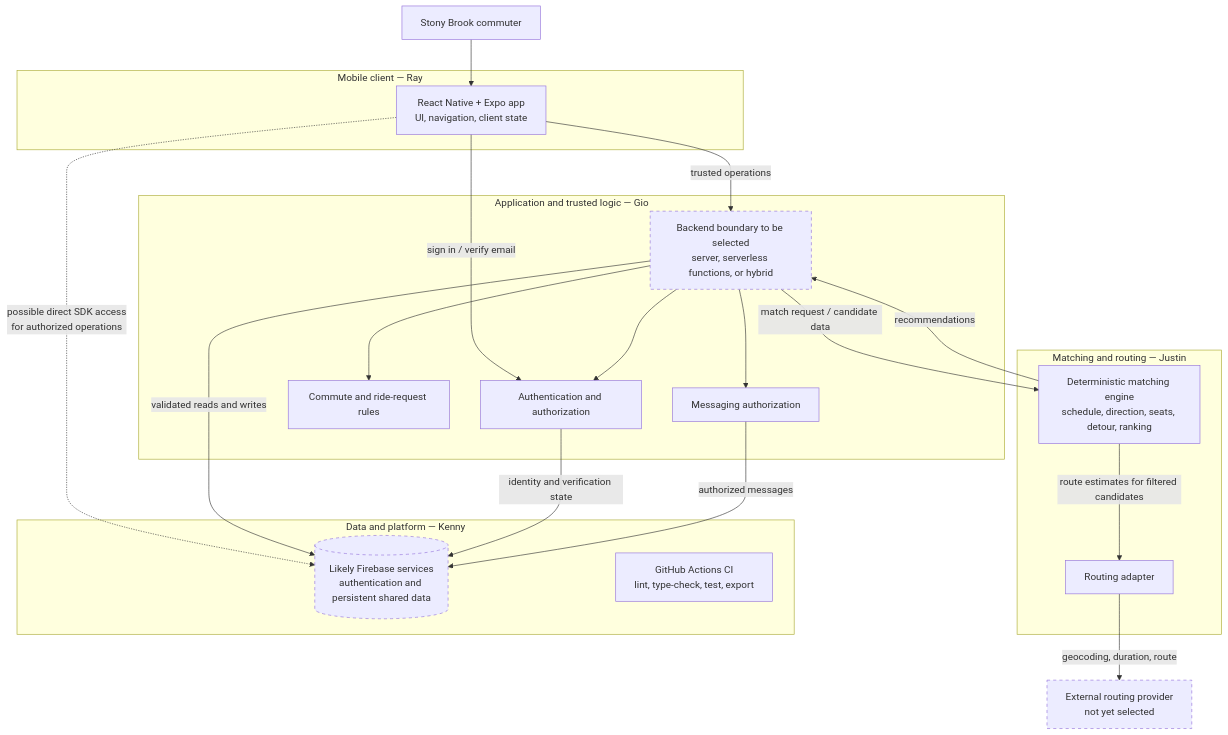
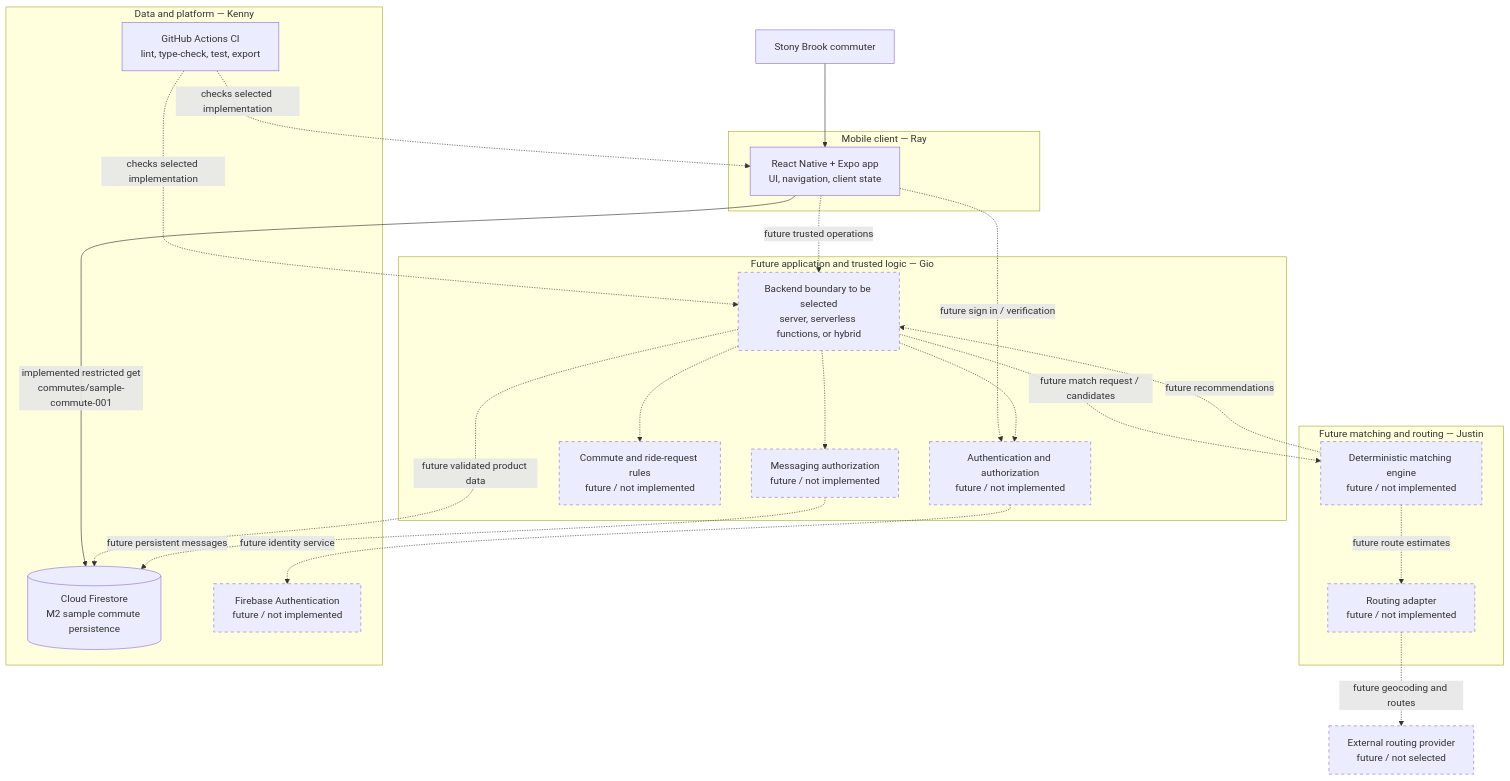
The diagram in docs/design.md (justinlee166/Seawolf-Rides), drawn with Mermaid before and after one commit. The commit also changed other lines of this file and 2 other files, not shown here.

````diff
--- a/docs/design.md
+++ b/docs/design.md
@@ -19,38 +19,41 @@
 ```mermaid
 flowchart TB
     User["Stony Brook commuter"]
     subgraph Client["Mobile client — Ray"]
         Mobile["React Native + Expo app\nUI, navigation, client state"]
     end
-    subgraph Application["Application and trusted logic — Gio"]
+    subgraph Application["Future application and trusted logic — Gio"]
         Boundary["Backend boundary to be selected\nserver, serverless functions, or hybrid"]
-        Auth["Authentication and authorization"]
-        Requests["Commute and ride-request rules"]
-        Messaging["Messaging authorization"]
+        Auth["Authentication and authorization\nfuture / not implemented"]
+        Requests["Commute and ride-request rules\nfuture / not implemented"]
+        Messaging["Messaging authorization\nfuture / not implemented"]
     end
-    subgraph Geo["Matching and routing — Justin"]
-        Matching["Deterministic matching engine\nschedule, direction, seats, detour, ranking"]
-        RoutingAdapter["Routing adapter"]
+    subgraph Geo["Future matching and routing — Justin"]
+        Matching["Deterministic matching engine\nfuture / not implemented"]
+        RoutingAdapter["Routing adapter\nfuture / not implemented"]
     end
     subgraph Platform["Data and platform — Kenny"]
-        Firebase[("Likely Firebase services\nauthentication and persistent shared data")]
+        Firestore[("Cloud Firestore\nM2 sample commute persistence")]
+        FutureAuth["Firebase Authentication\nfuture / not implemented"]
         CI["GitHub Actions CI\nlint, type-check, test, export"]
     end
-    Routing["External routing provider\nnot yet selected"]
+    Routing["External routing provider\nfuture / not selected"]
     User --> Mobile
-    Mobile -->|"sign in / verify email"| Auth
-    Mobile -->|"trusted operations"| Boundary
-    Mobile -.->|"possible direct SDK access\nfor authorized operations"| Firebase
-    Boundary --> Auth
-    Boundary --> Requests
-    Boundary --> Messaging
-    Boundary -->|"validated reads and writes"| Firebase
-    Boundary -->|"match request / candidate data"| Matching
-    Matching -->|"route estimates for filtered candidates"| RoutingAdapter
-    RoutingAdapter -->|"geocoding, duration, route"| Routing
-    Matching -->|"recommendations"| Boundary
-    Auth -->|"identity and verification state"| Firebase
-    Messaging -->|"authorized messages"| Firebase
+    Mobile -->|"implemented restricted get\ncommutes/sample-commute-001"| Firestore
+    Mobile -.->|"future sign in / verification"| Auth
+    Mobile -.->|"future trusted operations"| Boundary
+    Boundary -.-> Auth
+    Boundary -.-> Requests
+    Boundary -.-> Messaging
+    Boundary -.->|"future validated product data"| Firestore
+    Boundary -.->|"future match request / candidates"| Matching
+    Matching -.->|"future route estimates"| RoutingAdapter
+    RoutingAdapter -.->|"future geocoding and routes"| Routing
+    Matching -.->|"future recommendations"| Boundary
+    Auth -.->|"future identity service"| FutureAuth
+    Messaging -.->|"future persistent messages"| Firestore
+    CI -.->|"checks selected implementation"| Mobile
+    CI -.->|"checks selected implementation"| Boundary
     classDef proposed stroke-dasharray: 5 5
-    class Boundary,Firebase,Routing proposed
+    class Boundary,Auth,Requests,Messaging,Matching,RoutingAdapter,FutureAuth,Routing proposed
 ```
````
